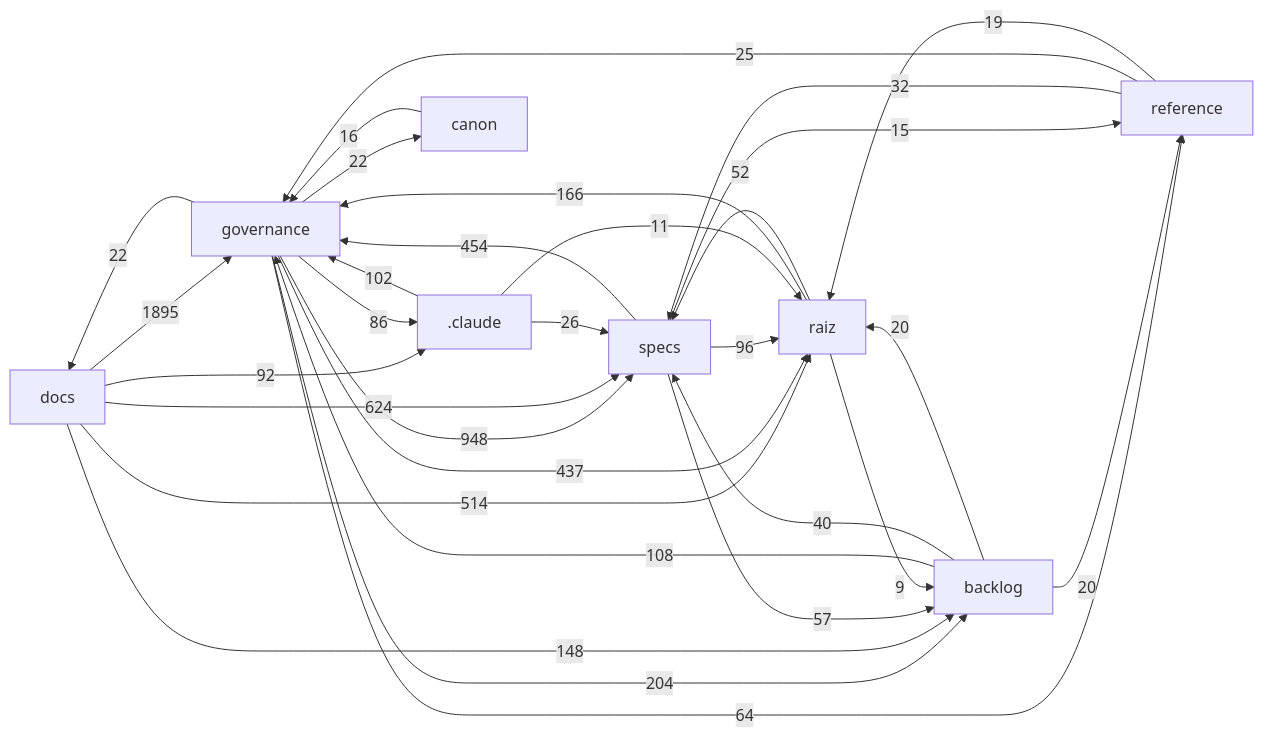
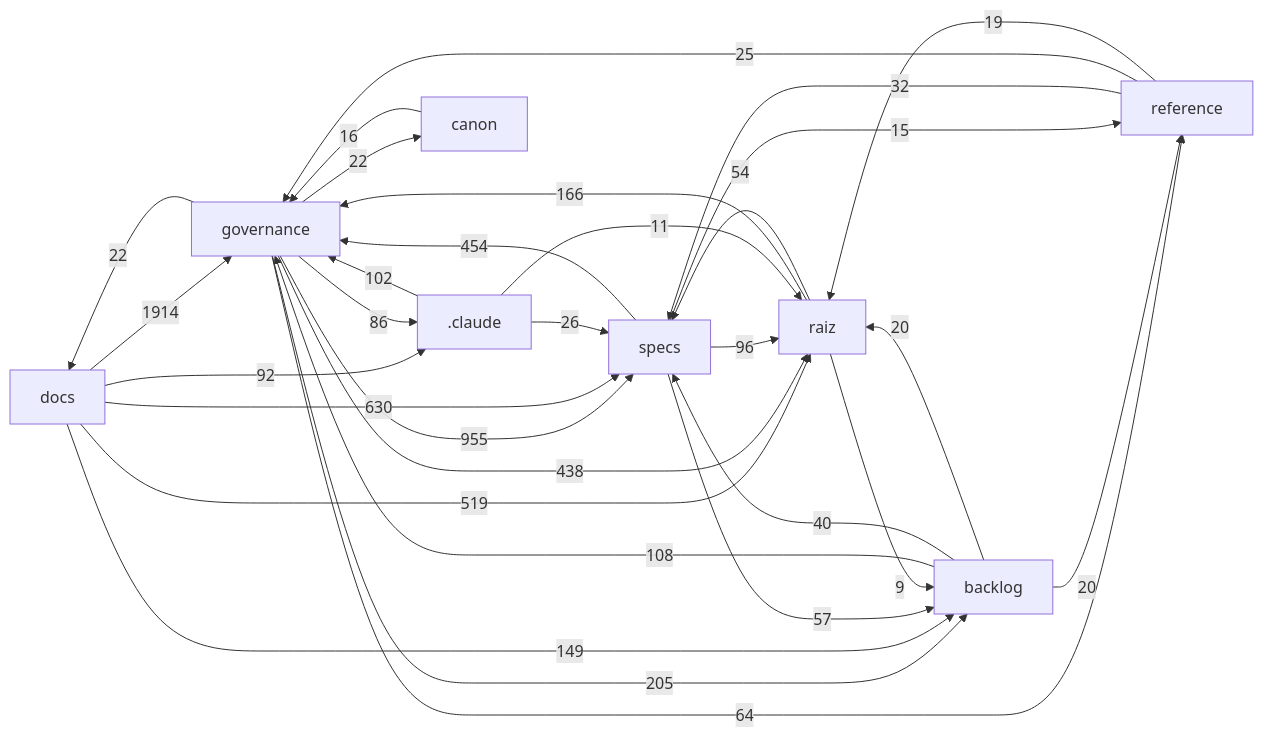
Before and after one commit to Andraus35/Sistema-Operacional-de-Trading--SOT: the diagram in docs/mapa/MAPA-PROJETO.md, drawn with Mermaid. The commit also changed other lines of this file and 9 other files, not shown here.

````diff
--- a/docs/mapa/MAPA-PROJETO.md
+++ b/docs/mapa/MAPA-PROJETO.md
@@ -29,33 +29,33 @@
 ```mermaid
 flowchart LR
-  docs["docs"] -->|1895| governance["governance"]
-  governance["governance"] -->|948| specs["specs"]
-  docs["docs"] -->|624| specs["specs"]
-  docs["docs"] -->|514| raiz["raiz"]
+  docs["docs"] -->|1914| governance["governance"]
+  governance["governance"] -->|955| specs["specs"]
+  docs["docs"] -->|630| specs["specs"]
+  docs["docs"] -->|519| raiz["raiz"]
   specs["specs"] -->|454| governance["governance"]
-  governance["governance"] -->|437| raiz["raiz"]
-  governance["governance"] -->|204| backlog["backlog"]
+  governance["governance"] -->|438| raiz["raiz"]
+  governance["governance"] -->|205| backlog["backlog"]
   raiz["raiz"] -->|166| governance["governance"]
-  docs["docs"] -->|148| backlog["backlog"]
+  docs["docs"] -->|149| backlog["backlog"]
   backlog["backlog"] -->|108| governance["governance"]
   _claude[".claude"] -->|102| governance["governance"]
   specs["specs"] -->|96| raiz["raiz"]
   docs["docs"] -->|92| _claude[".claude"]
   governance["governance"] -->|86| _claude[".claude"]
   governance["governance"] -->|64| reference["reference"]
   specs["specs"] -->|57| backlog["backlog"]
-  raiz["raiz"] -->|52| specs["specs"]
+  raiz["raiz"] -->|54| specs["specs"]
   backlog["backlog"] -->|40| specs["specs"]
   reference["reference"] -->|32| specs["specs"]
   _claude[".claude"] -->|26| specs["specs"]
   reference["reference"] -->|25| governance["governance"]
   governance["governance"] -->|22| docs["docs"]
   governance["governance"] -->|22| canon["canon"]
   backlog["backlog"] -->|20| raiz["raiz"]
   backlog["backlog"] -->|20| reference["reference"]
   reference["reference"] -->|19| raiz["raiz"]
   canon["canon"] -->|16| governance["governance"]
   specs["specs"] -->|15| reference["reference"]
   _claude[".claude"] -->|11| raiz["raiz"]
   raiz["raiz"] -->|9| backlog["backlog"]
 ```
````
